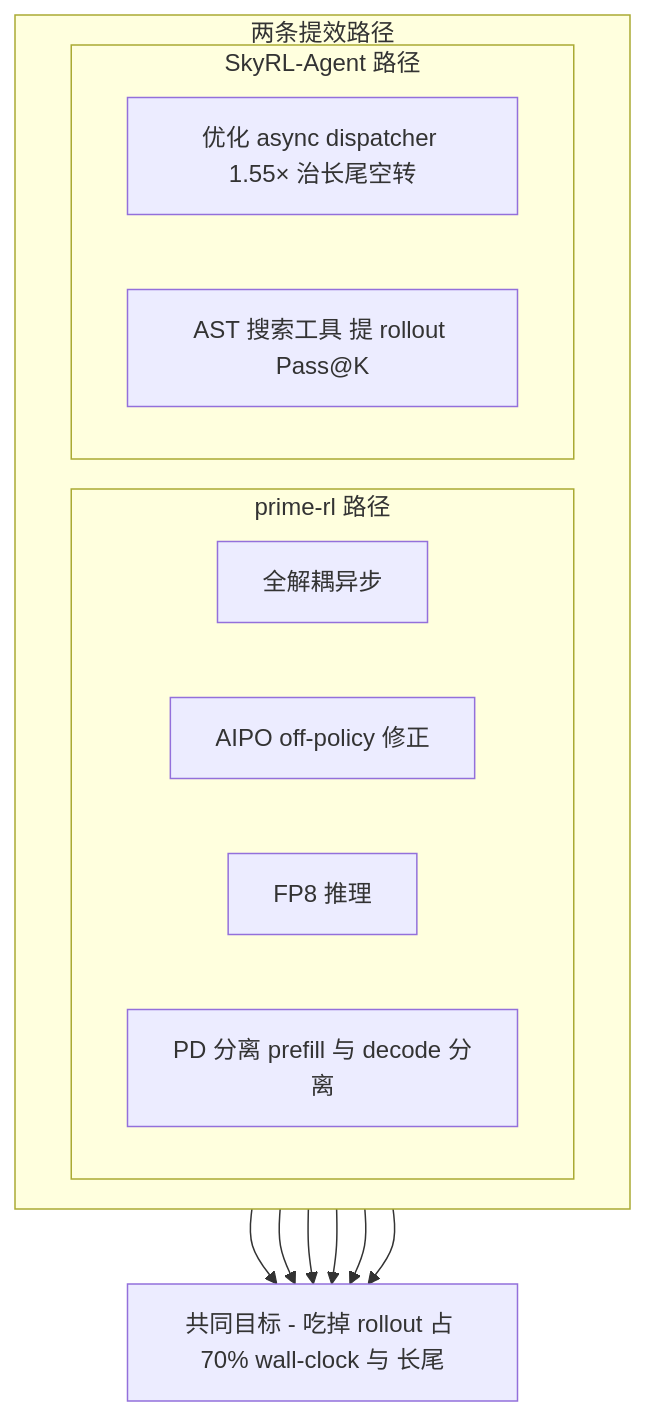
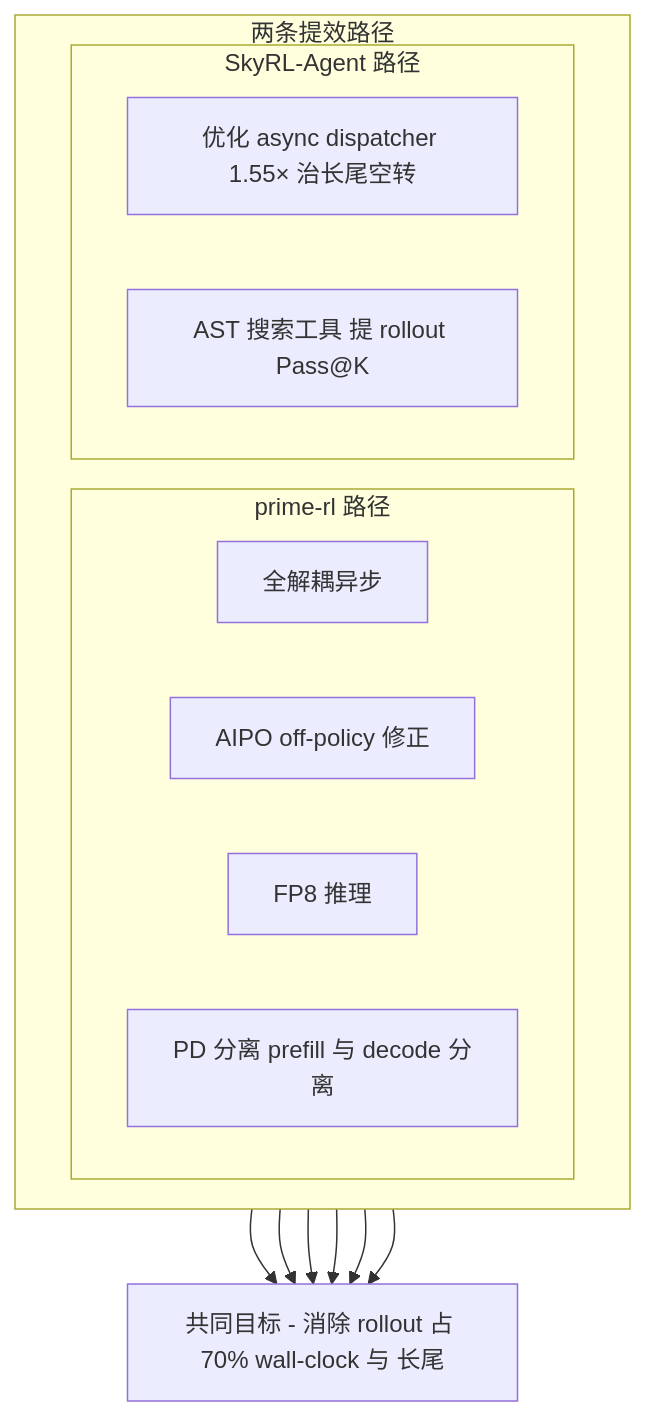
The fifth of 5 diagrams in docs/blog/dispatch-18-prime-rl-vs-skyrl.md (lloo099/mission44), drawn with Mermaid before and after one commit. The commit also changed other lines of this file and 22 other files, not shown here.

````diff
--- a/docs/blog/dispatch-18-prime-rl-vs-skyrl.md
+++ b/docs/blog/dispatch-18-prime-rl-vs-skyrl.md
@@ -122,23 +122,23 @@
 ```mermaid
 graph TB
     subgraph PATHS ["两条提效路径"]
         direction LR
         subgraph LEFT ["prime-rl 路径"]
             L1["全解耦异步"]
             L2["AIPO off-policy 修正"]
             L3["FP8 推理"]
             L4["PD 分离 prefill 与 decode 分离"]
         end
         subgraph RIGHT ["SkyRL-Agent 路径"]
             R1["优化 async dispatcher 1.55× 治长尾空转"]
             R2["AST 搜索工具 提 rollout Pass@K"]
         end
     end
-    GOAL["共同目标 - 吃掉 rollout 占 70% wall-clock 与 长尾"]
+    GOAL["共同目标 - 消除 rollout 占 70% wall-clock 与 长尾"]
     L1 --> GOAL
     L2 --> GOAL
     L3 --> GOAL
     L4 --> GOAL
     R1 --> GOAL
     R2 --> GOAL
 ```
````
